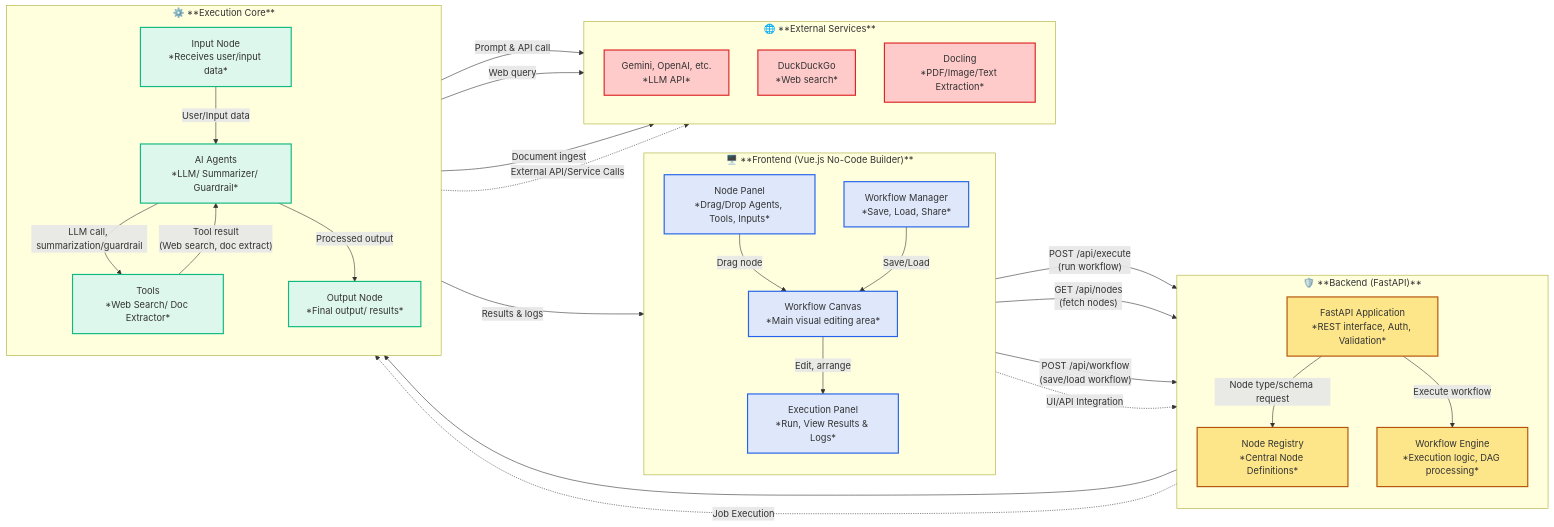
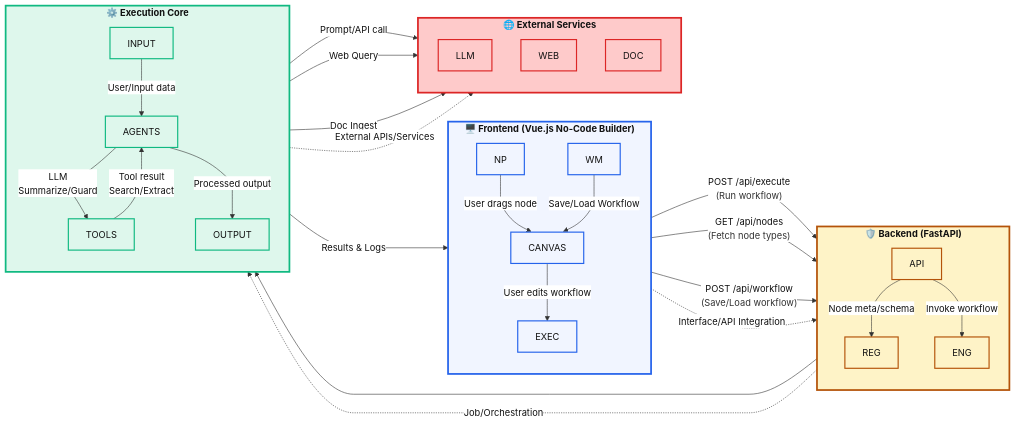
The diagram in Readme.md (Raja0098/AgentForge), drawn with Mermaid before and after one commit.

````diff
--- a/Readme.md
+++ b/Readme.md
@@ -71,131 +71,119 @@
 ```mermaid
 
 %%{init: {
-  'theme': 'base',
   'themeVariables': {
     'fontSize': '16px',
     'fontFamily': 'Segoe UI, Arial',
-
-    /* TEXT COLORS */
-    'primaryTextColor': '#000000',
-    'secondaryTextColor': '#000000',
-    'tertiaryTextColor': '#000000',
-
-    /* NODE & EDGE */
-    'primaryColor': '#F5F7FA',
-    'primaryBorderColor': '#111827',
-    'lineColor': '#111827',
-    'edgeLabelBackground': '#ffffff',
-
-    /* SUBGRAPH */
-    'clusterBorder': '#111827',
-    'clusterBkg': '#ffffff',
-
-    /* TITLES */
-    'titleColor': '#000000'
+    'primaryTextColor': '#111',
+    'textColor': '#111', 
+    'nodeTextColor': '#111',
+    'edgeLabelBackground':'#fff',
+    'titleColor': '#111'
   },
-  'flowchart': {
+  'flowchart': { 
     'htmlLabels': true,
     'curve': 'monotoneX'
   }
 }}%%
-
 flowchart LR
 
 %% =========== FRONTEND =============
-subgraph FE["🖥️ **Frontend (Vue.js No-Code Builder)**"]
+subgraph FE["<b style='color:#111'>🖥️ Frontend (Vue.js No-Code Builder)</b>"]
   direction TB
-  NP["Node Panel\n*Drag/Drop Agents, Tools, Inputs*"]
-  CANVAS["Workflow Canvas\n*Main visual editing area*"]
-  EXEC["Execution Panel\n*Run, View Results & Logs*"]
-  WM["Workflow Manager\n*Save, Load, Share*"]
+  NP@{shape:notch-rect,label:"<b>Node Panel</b><br><span style='color:#222'>Drag/Drop Agents, Tools, Inputs</span>"}
+  CANVAS@{shape:notch-rect,label:"<b>Workflow Canvas</b><br><span style='color:#222'>Main visual editing area</span>"}
+  EXEC@{shape:notch-rect,label:"<b>Execution Panel</b><br><span style='color:#222'>Run, View Results & Logs</span>"}
+  WM@{shape:notch-rect,label:"<b>Workflow Manager</b><br><span style='color:#222'>Save, Load, Share</span>"}
 end
-classDef front fill:#DFE8FB,stroke:#2563eb,stroke-width:2px;
+classDef front fill:#F1F5FF,stroke:#2563eb,stroke-width:2px,color:#111;
+
 class NP,CANVAS,EXEC,WM front;
 
 %% =========== BACKEND =============
-subgraph BE["🛡️ **Backend (FastAPI)**"]
+subgraph BE["<b style='color:#111'>🛡️ Backend (FastAPI)</b>"]
   direction TB
-  API["FastAPI Application\n*REST interface, Auth, Validation*"]
-  REG["Node Registry\n*Central Node Definitions*"]
-  ENG["Workflow Engine\n*Execution logic, DAG processing*"]
+  API@{shape:rect,label:"<b>FastAPI Application</b><br><span style='color:#333'>REST API,<br>Auth, Validation</span>"}
+  REG@{shape:fr-rect,label:"<b>Node Registry</b><br><span style='color:#333'>Central Node Definitions</span>"}
+  ENG@{shape:rect,label:"<b>Workflow Engine</b><br><span style='color:#333'>Execution Logic<br>DAG Processing</span>"}
 end
-classDef back fill:#FDE68A,stroke:#B45309,stroke-width:2px;
+classDef back fill:#FEF3C7,stroke:#B45309,stroke-width:2px,color:#111;
 class API,REG,ENG back;
 
 %% =========== CORE =============
-subgraph CORE["⚙️ **Execution Core**"]
+subgraph CORE["<b style='color:#111'>⚙️ Execution Core</b>"]
   direction TB
-    INPUT["Input Node\n*Receives user/input data*"]
-    AGENTS["AI Agents\n*LLM/ Summarizer/ Guardrail*"]
-    TOOLS["Tools\n*Web Search/ Doc Extractor*"]
-    OUTPUT["Output Node\n*Final output/ results*"]
+    INPUT@{shape:lean-r,label:"<b>Input Node</b><br><span style='color:#323'>Receives user/Input data</span>"}
+    AGENTS@{shape:rounded,label:"<b>AI Agents</b><br><span style='color:#323'>LLM/Summarizer/Guardrail<br>Orchestration & Safety</span>"}
+    TOOLS@{shape:rounded,label:"<b>Tools</b><br><span style='color:#323'>Web Search/Doc Extractor</span>"}
+    OUTPUT@{shape:lean-l,label:"<b>Output Node</b><br><span style='color:#323'>Aggregate/Format results</span>"}
 end
-classDef core fill:#DEF7EC,stroke:#10B981,stroke-width:2px;
+classDef core fill:#DEF7EC,stroke:#10B981,stroke-width:2px,color:#111;
 class INPUT,AGENTS,TOOLS,OUTPUT core;
 
 %% =========== EXTERNAL SERVICES =============
-subgraph EXT["🌐 **External Services**"]
+subgraph EXT["<b style='color:#111'>🌐 External Services</b>"]
   direction TB
-  LLM["Gemini, OpenAI, etc.\n*LLM API*"]
-  WEB["DuckDuckGo\n*Web search*"]
-  DOC["Docling\n*PDF/Image/Text Extraction*"]
+  LLM@{shape:circle,label:"<b>LLM Provider</b><br><span style='color:#222'>Gemini, OpenAI, etc.</span>"}
+  WEB@{shape:circle,label:"<b>DuckDuckGo</b><br><span style='color:#222'>Web Search</span>"}
+  DOC@{shape:circle,label:"<b>Docling</b><br><span style='color:#222'>PDF/Image/Text Extraction</span>"}
 end
-classDef ext fill:#FECACA,stroke:#DC2626,stroke-width:2px;
+classDef ext fill:#FECACA,stroke:#DC2626,stroke-width:2px,color:#111;
 class LLM,WEB,DOC ext;
 
 %% =========== DATA FLOW =============
 
-%% User flow
-NP -- "Drag node" --> CANVAS
-CANVAS -- "Edit, arrange" --> EXEC
-WM -- "Save/Load" --> CANVAS
+NP -- "User drags node" --> CANVAS
+CANVAS -- "User edits workflow" --> EXEC
+WM -- "Save/Load Workflow" --> CANVAS
 
-%% API flow
-EXEC -- "POST /api/execute\n(run workflow)" --> API
-CANVAS -- "GET /api/nodes\n(fetch nodes)" --> API
-WM -- "POST /api/workflow\n(save/load workflow)" --> API
+EXEC -- "POST /api/execute<br><span style='color:#333'>(Run workflow)</span>" --> API
+CANVAS -- "GET /api/nodes<br><span style='color:#333'>(Fetch node types)</span>" --> API
+WM -- "POST /api/workflow<br><span style='color:#333'>(Save/Load workflow)</span>" --> API
 
-%% Backend logic
-API -- "Node type/schema request" --> REG
-API -- "Execute workflow" --> ENG
+API -- "Node meta/schema" --> REG
+API -- "Invoke workflow" --> ENG
 
-%% Internal workflow processing
 ENG --> INPUT
 INPUT -- "User/Input data" --> AGENTS
-AGENTS -- "LLM call, summarization/guardrail" --> TOOLS
-TOOLS -- "Tool result\n(Web search, doc extract)" --> AGENTS
+AGENTS -- "LLM<br>Summarize/Guard" --> TOOLS
+TOOLS -- "Tool result<br>Search/Extract" --> AGENTS
 AGENTS -- "Processed output" --> OUTPUT
 
-%% External calls
-AGENTS -- "Prompt & API call" --> LLM
-TOOLS -- "Web query" --> WEB
-TOOLS -- "Document ingest" --> DOC
+AGENTS -- "Prompt/API call" --> LLM
+TOOLS -- "Web Query" --> WEB
+TOOLS -- "Doc Ingest" --> DOC
 
-%% Result returns
-OUTPUT -- "Results & logs" --> EXEC
+OUTPUT -- "Results & Logs" --> EXEC
 
-%% Borders for clarity
-FE -.->|UI/API Integration| BE
-BE -.->|Job Execution| CORE
-CORE -.->|External API/Service Calls| EXT
+FE -.->|Interface/API Integration| BE
+BE -.->|Job/Orchestration| CORE
+CORE -.->|External APIs/Services| EXT
 
-%% =========== LEGEND ==============
-%% Optional: A legend can be provided for managers
+%% Subgraph border styles (bolder)
+style FE stroke-width:3px,stroke:#2563eb,fill:#F1F5FF,color:#111;
+style BE stroke-width:3px,stroke:#B45309,fill:#FEF3C7,color:#111;
+style CORE stroke-width:3px,stroke:#10B981,fill:#DEF7EC,color:#111;
+style EXT stroke-width:3px,stroke:#DC2626,fill:#FECACA,color:#111;
 
-%% Use comment blocks to keep them visually out of main graph
-%% You may uncomment the below legend and adjust style if you want it in-diagram
+%% Node border style for high visibility
+style NP stroke:#2563eb,stroke-width:2px,color:#111;
+style CANVAS stroke:#2563eb,stroke-width:2px,color:#111;
+style EXEC stroke:#2563eb,stroke-width:2px,color:#111;
+style WM stroke:#2563eb,stroke-width:2px,color:#111;
 
-%% subgraph LEGEND["Legend"]
-%%   LUI((UI Node)):::front
-%%   LSU((Server Node)):::back
-%%   LCORE((Core Logic)):::core
-%%   LEXT((External API)):::ext
-%%   LAPI("API Route")--->LUI
-%% end
+style API stroke:#B45309,stroke-width:2px,color:#111;
+style REG stroke:#B45309,stroke-width:2px,color:#111;
+style ENG stroke:#B45309,stroke-width:2px,color:#111;
 
-%% Notes:
-%% - Hover for tooltips (if supported by your viewer)
-%% - Color = domain; shape = function (card = UI, rectangle = service, circle = external API, parallelogram = I/O)
+style INPUT stroke:#10B981,stroke-width:2px,color:#111;
+style AGENTS stroke:#10B981,stroke-width:2px,color:#111;
+style TOOLS stroke:#10B981,stroke-width:2px,color:#111;
+style OUTPUT stroke:#10B981,stroke-width:2px,color:#111;
+
+style LLM stroke:#DC2626,stroke-width:2px,color:#111;
+style WEB stroke:#DC2626,stroke-width:2px,color:#111;
+style DOC stroke:#DC2626,stroke-width:2px,color:#111;
+
+%% TIP: All text is black for clarity. Border and fill provide type distinction.
 
 ```
````
